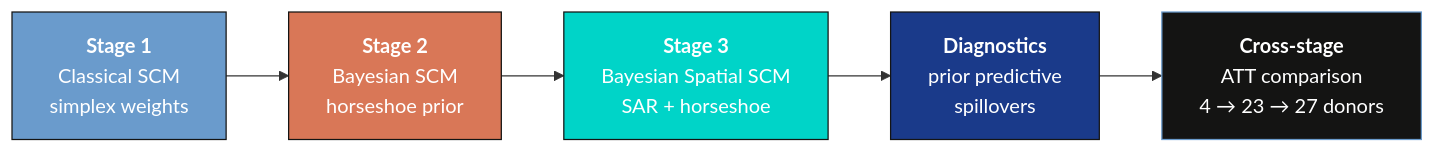
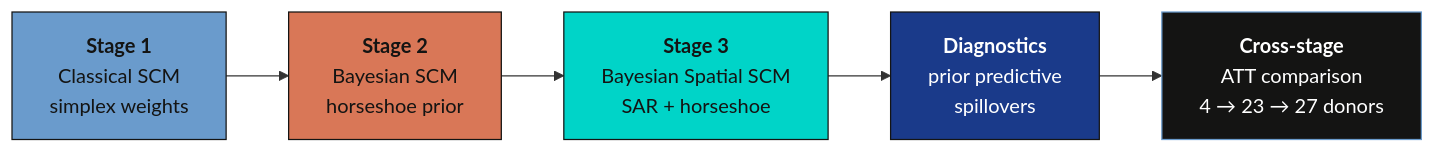
The diagram in content/post/r_sc_bayes_spatial/index.md (cmg777/starter-academic-v501), drawn with Mermaid before and after one commit. The commit also changed 67 other files, not shown here.

First line of the commit message:
fix(mermaid): readable diagram text in both themes across the site

````diff
--- a/content/post/r_sc_bayes_spatial/index.md
+++ b/content/post/r_sc_bayes_spatial/index.md
@@ -202,13 +202,13 @@
 ```mermaid
 graph LR
     A["<b>Stage 1</b><br/>Classical SCM<br/>simplex weights"] --> B["<b>Stage 2</b><br/>Bayesian SCM<br/>horseshoe prior"]
     B --> C["<b>Stage 3</b><br/>Bayesian Spatial SCM<br/>SAR + horseshoe"]
     C --> D["<b>Diagnostics</b><br/>prior predictive<br/>spillovers"]
     D --> E["<b>Cross-stage</b><br/>ATT comparison<br/>4 → 23 → 27 donors"]
 
-    style A fill:#6a9bcc,stroke:#141413,color:#fff
-    style B fill:#d97757,stroke:#141413,color:#fff
-    style C fill:#00d4c8,stroke:#141413,color:#fff
+    style A fill:#6a9bcc,stroke:#141413,color:#141413
+    style B fill:#d97757,stroke:#141413,color:#141413
+    style C fill:#00d4c8,stroke:#141413,color:#141413
     style D fill:#1a3a8a,stroke:#141413,color:#fff
     style E fill:#141413,stroke:#6a9bcc,color:#fff
 ```
````
